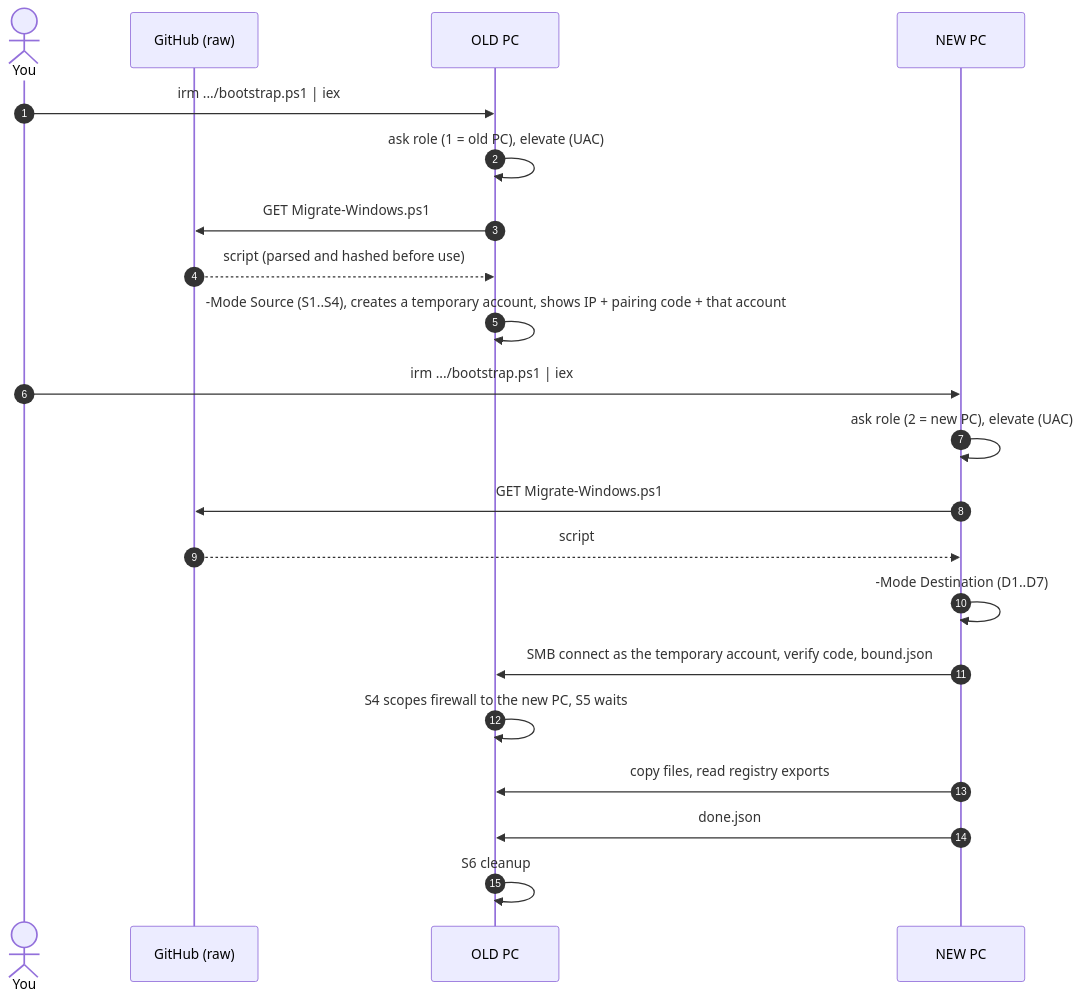
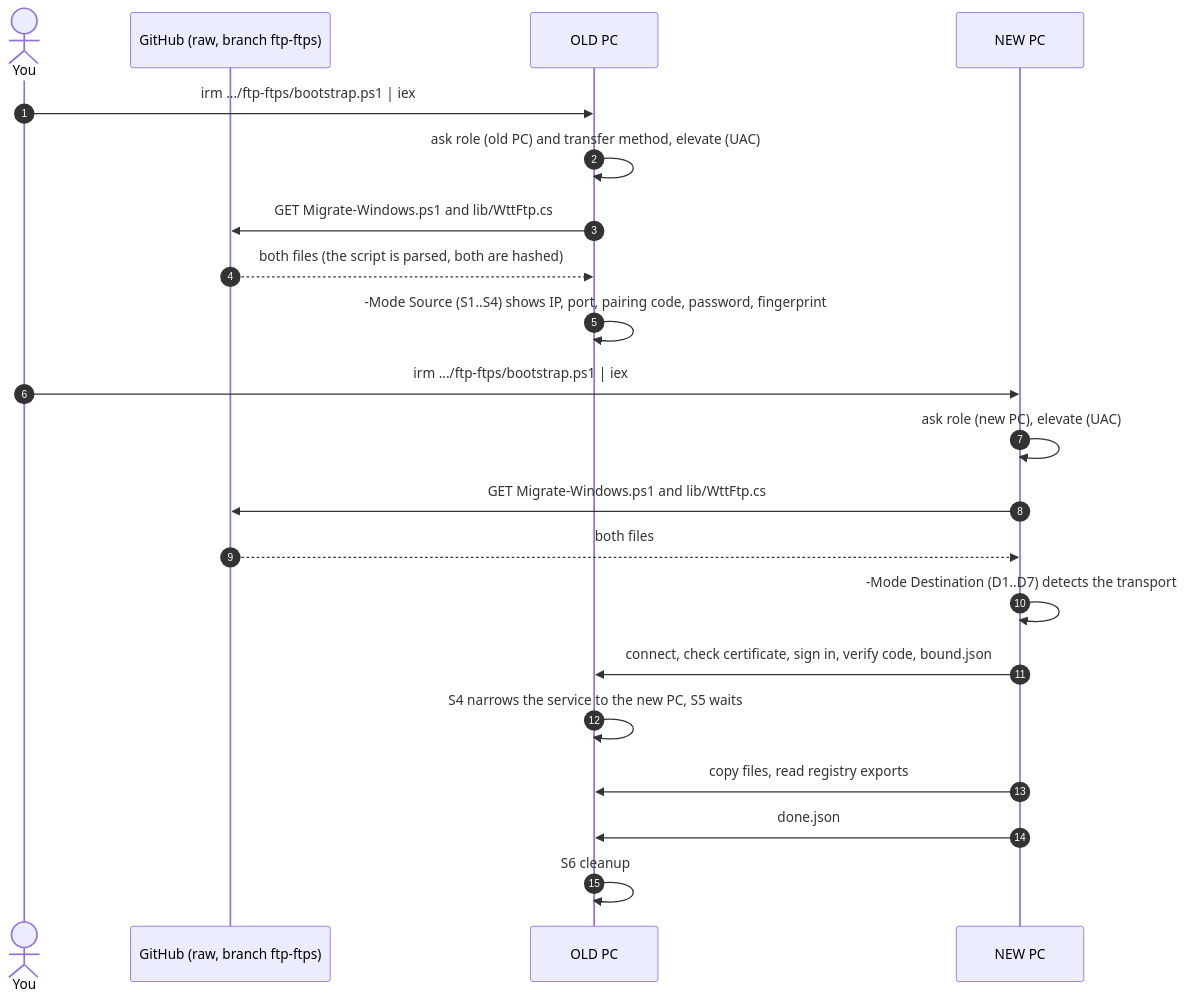
The first of 7 diagrams in docs/process.md (SheepasTech/windows-transfer-tool), drawn with Mermaid before and after one commit. The commit also changed other lines of this file and 6 other files, not shown here.

First line of the commit message:
Add FTPS and FTP transports; README and bootstrap use this branch

````diff
--- a/docs/process.md
+++ b/docs/process.md
@@ -15,24 +18,24 @@
 ```mermaid
 sequenceDiagram
     autonumber
     actor U as You
-    participant G as GitHub (raw)
+    participant G as GitHub (raw, branch ftp-ftps)
     participant O as OLD PC
     participant N as NEW PC
 
-    U->>O: irm .../bootstrap.ps1 | iex
-    O->>O: ask role (1 = old PC), elevate (UAC)
-    O->>G: GET Migrate-Windows.ps1
-    G-->>O: script (parsed and hashed before use)
-    O->>O: -Mode Source  (S1..S4), creates a temporary account, shows IP + pairing code + that account
-    U->>N: irm .../bootstrap.ps1 | iex
-    N->>N: ask role (2 = new PC), elevate (UAC)
-    N->>G: GET Migrate-Windows.ps1
-    G-->>N: script
-    N->>N: -Mode Destination (D1..D7)
-    N->>O: SMB connect as the temporary account, verify code, bound.json
-    O->>O: S4 scopes firewall to the new PC, S5 waits
+    U->>O: irm .../ftp-ftps/bootstrap.ps1 | iex
+    O->>O: ask role (old PC) and transfer method, elevate (UAC)
+    O->>G: GET Migrate-Windows.ps1 and lib/WttFtp.cs
+    G-->>O: both files (the script is parsed, both are hashed)
+    O->>O: -Mode Source  (S1..S4) shows IP, port, pairing code, password, fingerprint
+    U->>N: irm .../ftp-ftps/bootstrap.ps1 | iex
+    N->>N: ask role (new PC), elevate (UAC)
+    N->>G: GET Migrate-Windows.ps1 and lib/WttFtp.cs
+    G-->>N: both files
+    N->>N: -Mode Destination (D1..D7) detects the transport
+    N->>O: connect, check certificate, sign in, verify code, bound.json
+    O->>O: S4 narrows the service to the new PC, S5 waits
     N->>O: copy files, read registry exports
     N->>O: done.json
     O->>O: S6 cleanup
 ```
````
